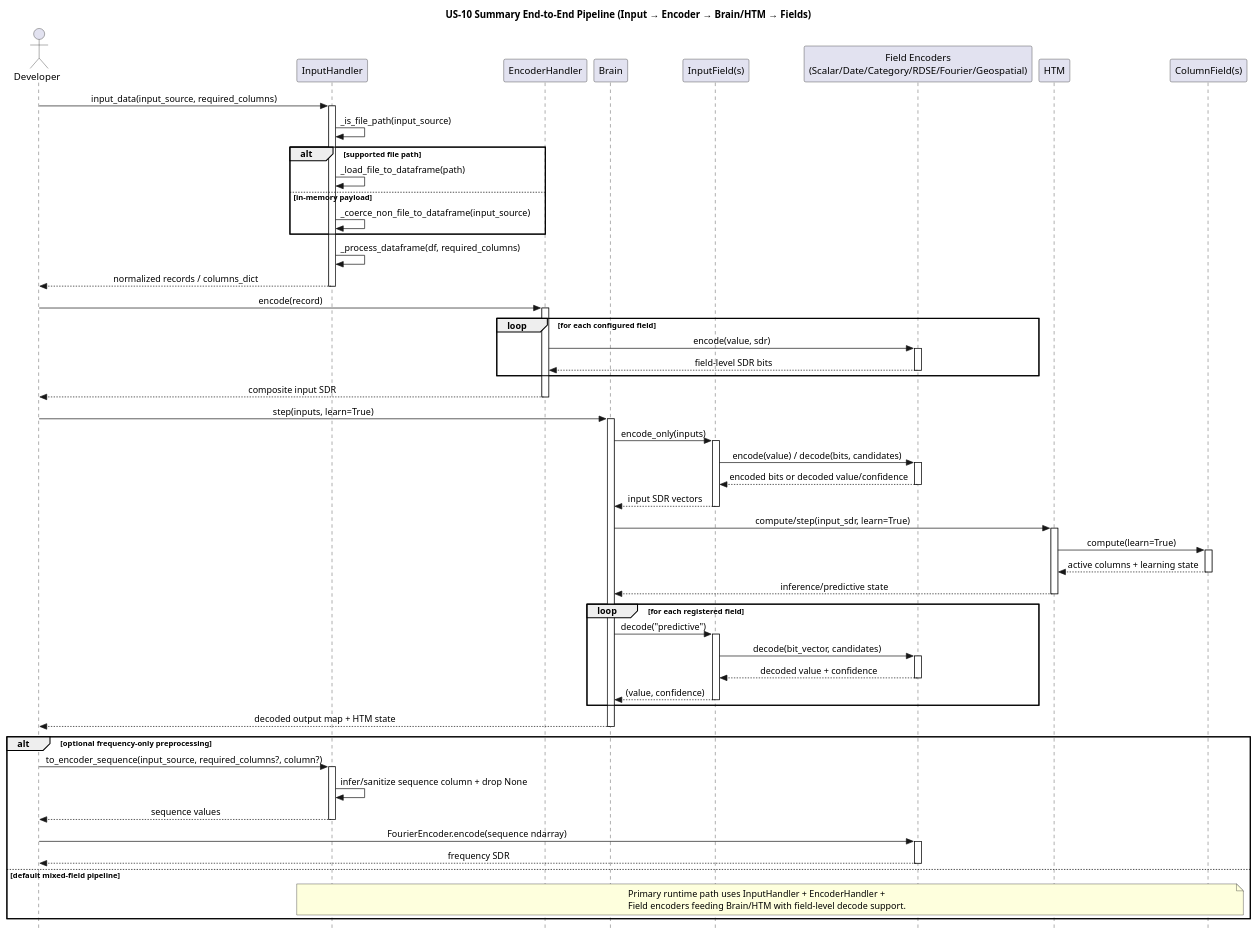
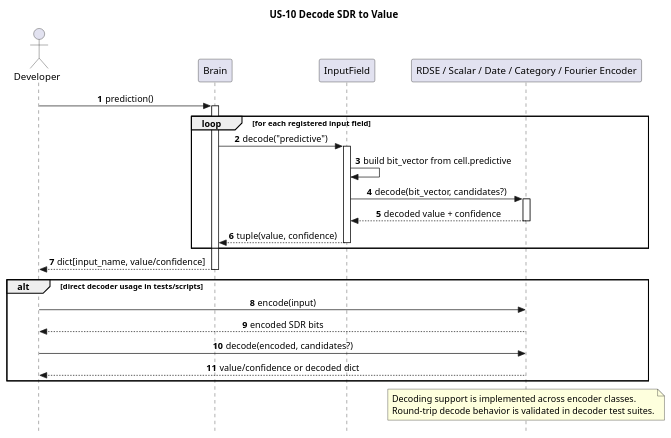
One commit to egrembocki/htmrl changed the diagram in docs/puml/US/us-10.puml. Above: the diagram before and after it, drawn with PlantUML. The commit also changed 2 other files, not shown here.

Commit message:
updated uml

```diff
--- a/docs/puml/US/us-10.puml
+++ b/docs/puml/US/us-10.puml
@@ -1,91 +1,41 @@
 @startuml
 skinparam style strictuml
 skinparam sequenceMessageAlign center
 skinparam responseMessageBelowArrow true
+autonumber
 
-title US-10 Summary End-to-End Pipeline (Input → Encoder → Brain/HTM → Fields)
+title US-10 Decode SDR to Value
 
-actor Developer
-participant "InputHandler" as IH
-participant "EncoderHandler" as EH
+actor "Developer" as Dev
 participant "Brain" as BR
-participant "InputField(s)" as IF
-participant "Field Encoders\n(Scalar/Date/Category/RDSE/Fourier/Geospatial)" as FE
-participant "HTM" as HTM
-participant "ColumnField(s)" as CF
+participant "InputField" as IF
+participant "RDSE / Scalar / Date / Category / Fourier Encoder" as ENC
 
-Developer -> IH: input_data(input_source, required_columns)
-activate IH
-IH -> IH: _is_file_path(input_source)
-alt supported file path
-  IH -> IH: _load_file_to_dataframe(path)
-else in-memory payload
-  IH -> IH: _coerce_non_file_to_dataframe(input_source)
-end
-IH -> IH: _process_dataframe(df, required_columns)
-IH --> Developer: normalized records / columns_dict
-deactivate IH
-
-Developer -> EH: encode(record)
-activate EH
-loop for each configured field
-  EH -> FE: encode(value, sdr)
-  activate FE
-  FE --> EH: field-level SDR bits
-  deactivate FE
-end
-EH --> Developer: composite input SDR
-deactivate EH
-
-Developer -> BR: step(inputs, learn=True)
+Dev -> BR: prediction()
 activate BR
-BR -> IF: encode_only(inputs)
-activate IF
-IF -> FE: encode(value) / decode(bits, candidates)
-activate FE
-FE --> IF: encoded bits or decoded value/confidence
-deactivate FE
-IF --> BR: input SDR vectors
-deactivate IF
-
-BR -> HTM: compute/step(input_sdr, learn=True)
-activate HTM
-HTM -> CF: compute(learn=True)
-activate CF
-CF --> HTM: active columns + learning state
-deactivate CF
-HTM --> BR: inference/predictive state
-deactivate HTM
-
-loop for each registered field
+loop for each registered input field
   BR -> IF: decode("predictive")
   activate IF
-  IF -> FE: decode(bit_vector, candidates)
-  activate FE
-  FE --> IF: decoded value + confidence
-  deactivate FE
-  IF --> BR: (value, confidence)
+  IF -> IF: build bit_vector from cell.predictive
+  IF -> ENC: decode(bit_vector, candidates?)
+  activate ENC
+  ENC --> IF: decoded value + confidence
+  deactivate ENC
+  IF --> BR: tuple(value, confidence)
   deactivate IF
 end
-
-BR --> Developer: decoded output map + HTM state
+BR --> Dev: dict[input_name, value/confidence]
 deactivate BR
 
-alt optional frequency-only preprocessing
-  Developer -> IH: to_encoder_sequence(input_source, required_columns?, column?)
-  activate IH
-  IH -> IH: infer/sanitize sequence column + drop None
-  IH --> Developer: sequence values
-  deactivate IH
+alt direct decoder usage in tests/scripts
+  Dev -> ENC: encode(input)
+  ENC --> Dev: encoded SDR bits
+  Dev -> ENC: decode(encoded, candidates?)
+  ENC --> Dev: value/confidence or decoded dict
+end
 
-  Developer -> FE: FourierEncoder.encode(sequence ndarray)
-  activate FE
-  FE --> Developer: frequency SDR
-  deactivate FE
-else default mixed-field pipeline
-  note over IH,CF
-    Primary runtime path uses InputHandler + EncoderHandler +
-    Field encoders feeding Brain/HTM with field-level decode support.
-  end note
-end
+note over ENC
+Decoding support is implemented across encoder classes.
+Round-trip decode behavior is validated in decoder test suites.
+end note
 @enduml
```
